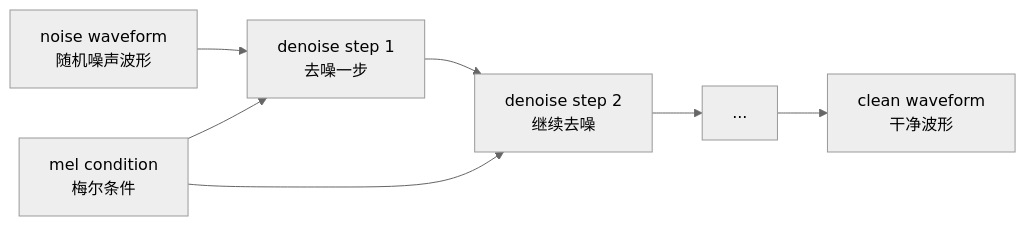
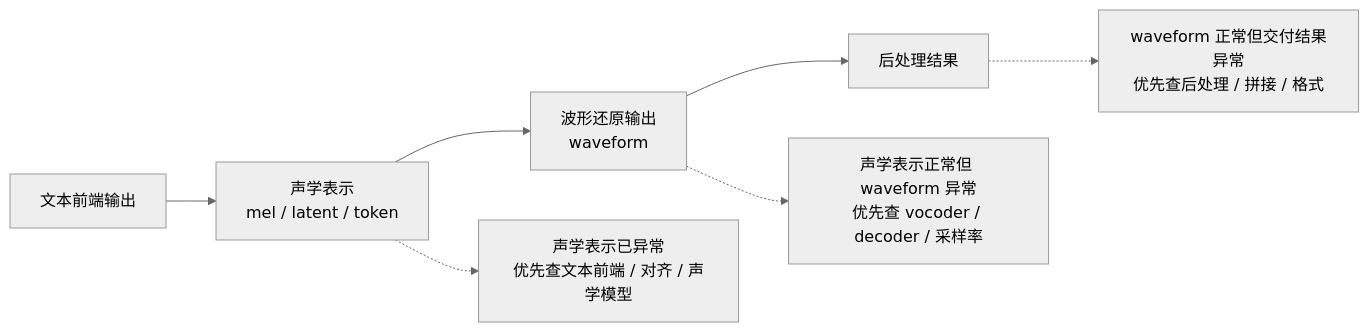
Before and after one commit to dugenkui03/OmniVoice: the tenth of 10 diagrams in books/chapter09_Vocoder与波形生成.md, drawn with Mermaid (neutral theme). The commit also changed other lines of this file and 2 other files, not shown here.

Commit message:
Refine chapter 9 vocoder structure and reference notes

````diff
--- a/books/chapter09_Vocoder与波形生成.md
+++ b/books/chapter09_Vocoder与波形生成.md
@@ -171,9 +515,9 @@
 ```mermaid
 flowchart LR
-    A["noise waveform<br/>随机噪声波形"] --> B["denoise step 1<br/>去噪一步"]
-    B --> C["denoise step 2<br/>继续去噪"]
-    C --> D["..."]
-    D --> E["clean waveform<br/>干净波形"]
-    F["mel condition<br/>梅尔条件"] --> B
-    F --> C
+    A["文本前端输出"] --> B["声学表示<br/>mel / latent / token"]
+    B --> C["波形还原输出<br/>waveform"]
+    C --> D["后处理结果"]
+    B -.-> E["声学表示已异常<br/>优先查文本前端 / 对齐 / 声学模型"]
+    C -.-> F["声学表示正常但 waveform 异常<br/>优先查 vocoder / decoder / 采样率"]
+    D -.-> G["waveform 正常但交付结果异常<br/>优先查后处理 / 拼接 / 格式"]
 ```
````
